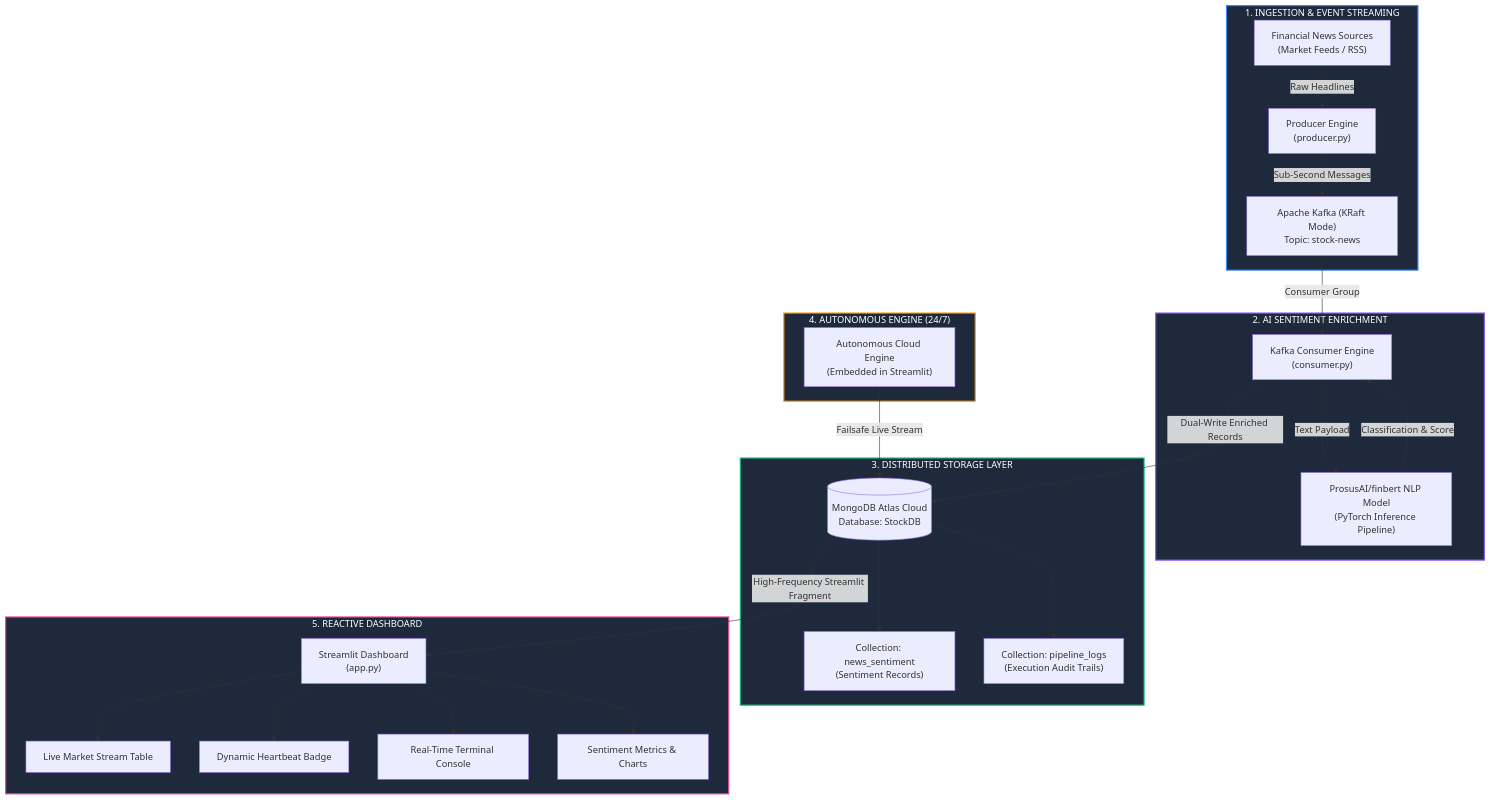
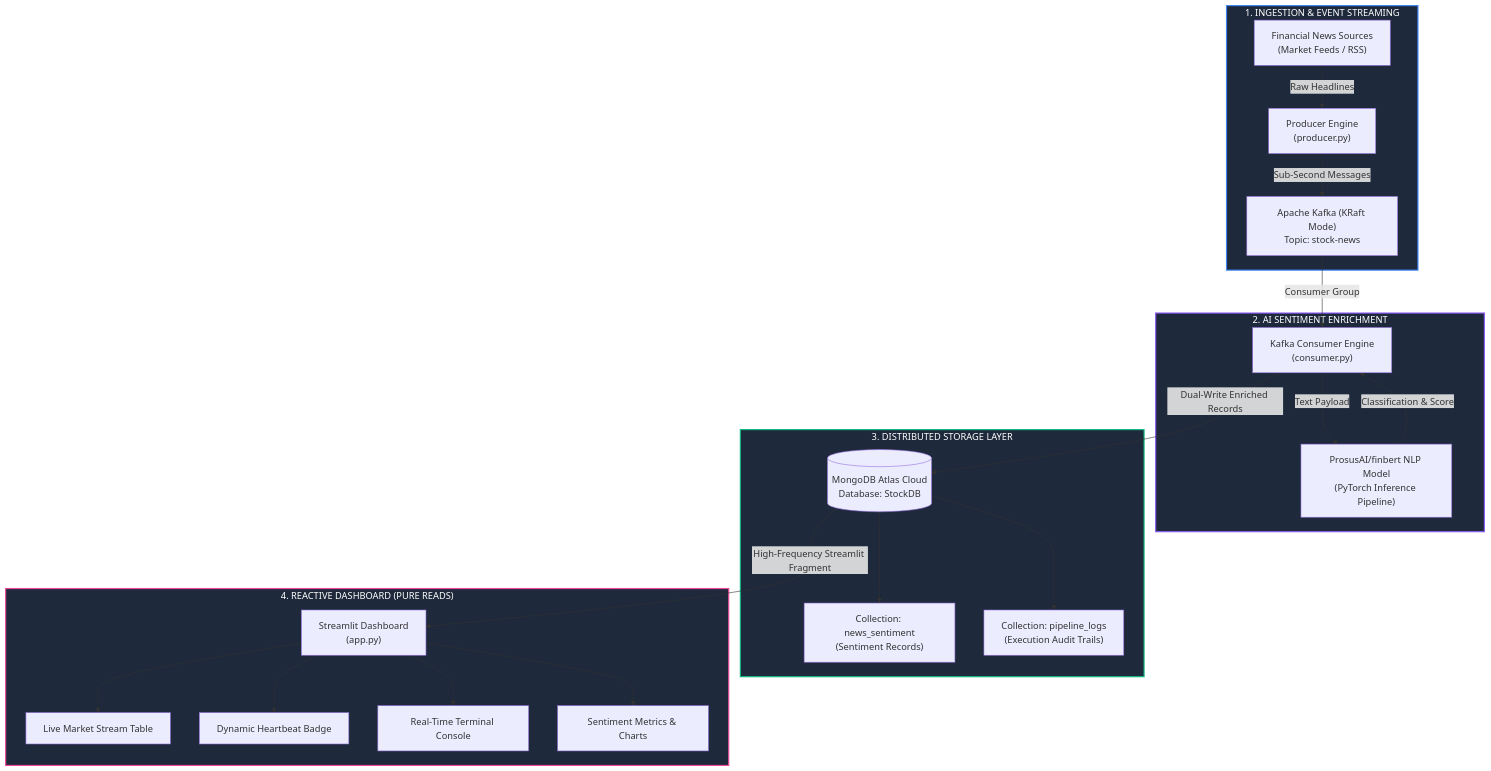
Before and after one commit to unknown404-practice/realtime-stock-sentiment-pipeline: the diagram in README.md, drawn with Mermaid. The commit also changed other lines of this file and 33 other files, not shown here.

Commit message:
refactor: remediate all 26 architecture, streaming, ML, and security flaws

````diff
--- a/README.md
+++ b/README.md
@@ -43,37 +43,32 @@
 ```mermaid
 flowchart TD
     subgraph INGESTION["1. INGESTION & EVENT STREAMING"]
         A["Financial News Sources<br/>(Market Feeds / RSS)"] -->|Raw Headlines| B["Producer Engine<br/>(producer.py)"]
         B -->|Sub-Second Messages| C["Apache Kafka (KRaft Mode)<br/>Topic: stock-news"]
     end
 
     subgraph INFERENCE["2. AI SENTIMENT ENRICHMENT"]
         C -->|Consumer Group| D["Kafka Consumer Engine<br/>(consumer.py)"]
         D -->|Text Payload| E["ProsusAI/finbert NLP Model<br/>(PyTorch Inference Pipeline)"]
         E -->|Classification & Score| D
     end
 
     subgraph STORAGE["3. DISTRIBUTED STORAGE LAYER"]
         D -->|Dual-Write Enriched Records| F[("MongoDB Atlas Cloud<br/>Database: StockDB")]
         F --> G["Collection: news_sentiment<br/>(Sentiment Records)"]
         F --> H["Collection: pipeline_logs<br/>(Execution Audit Trails)"]
     end
 
-    subgraph CLOUD_ENGINE["4. AUTONOMOUS ENGINE (24/7)"]
-        I["Autonomous Cloud Engine<br/>(Embedded in Streamlit)"] -->|Failsafe Live Stream| F
-    end
-
-    subgraph VISUALIZATION["5. REACTIVE DASHBOARD"]
+    subgraph VISUALIZATION["4. REACTIVE DASHBOARD (PURE READS)"]
         F -->|High-Frequency Streamlit Fragment| J["Streamlit Dashboard<br/>(app.py)"]
         J --> K["Live Market Stream Table"]
         J --> L["Dynamic Heartbeat Badge"]
         J --> M["Real-Time Terminal Console"]
         J --> N["Sentiment Metrics & Charts"]
     end
 
     style INGESTION fill:#1e293b,stroke:#3b82f6,stroke-width:2px,color:#fff
     style INFERENCE fill:#1e293b,stroke:#8b5cf6,stroke-width:2px,color:#fff
     style STORAGE fill:#1e293b,stroke:#10b981,stroke-width:2px,color:#fff
-    style CLOUD_ENGINE fill:#1e293b,stroke:#f59e0b,stroke-width:2px,color:#fff
     style VISUALIZATION fill:#1e293b,stroke:#ec4899,stroke-width:2px,color:#fff
 ```
````
